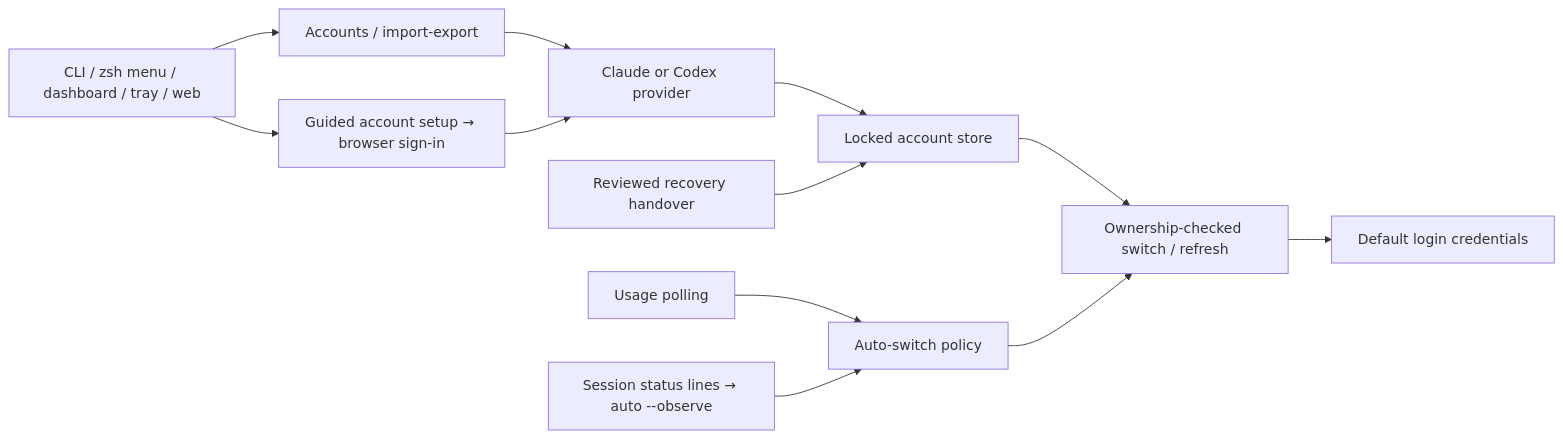
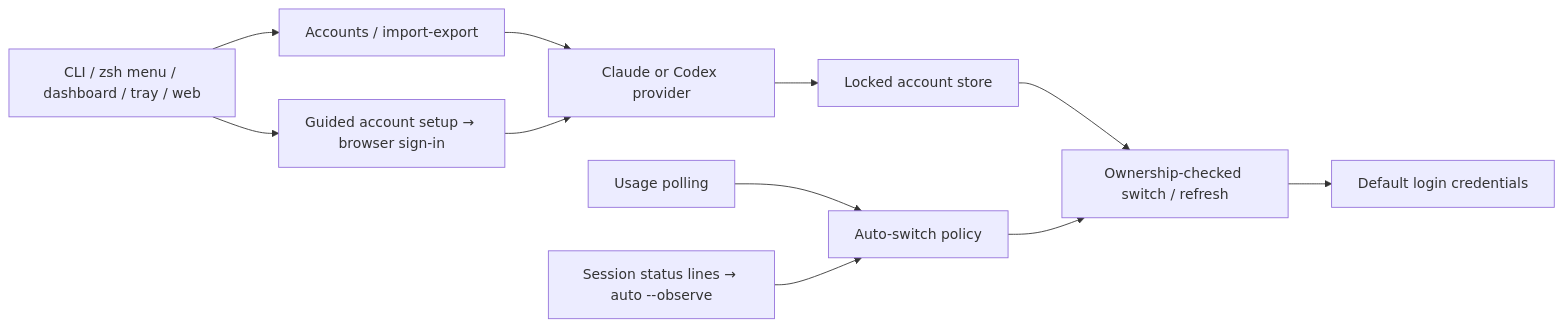
One commit to tyclab/tycswap changed the diagram in README.md. Above: the diagram before and after it, drawn with Mermaid. The commit also changed other lines of this file and 4 other files, not shown here.

````diff
--- a/README.md
+++ b/README.md
@@ -1290,14 +1277,13 @@
 ```mermaid
 flowchart LR
     A["CLI / zsh menu / dashboard / tray / web"] --> M["Accounts / import-export"]
     M --> B["Claude or Codex provider"]
     A --> I["Guided account setup → browser sign-in"]
     I --> B
     B --> C["Locked account store"]
     C --> D["Ownership-checked switch / refresh"]
     D --> E["Default login credentials"]
     F["Usage polling"] --> G["Auto-switch policy"]
     S["Session status lines → auto --observe"] --> G
     G --> D
-    H["Reviewed recovery handover"] --> C
 ```
````
